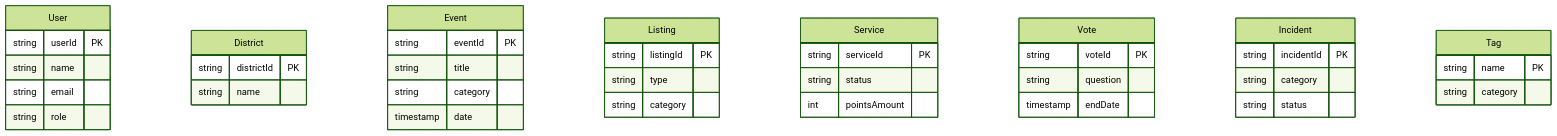
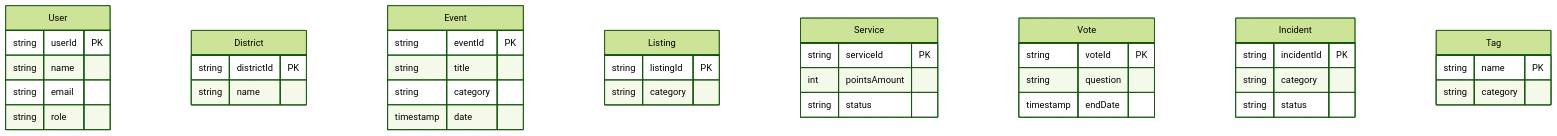
One commit to ESGI-3AL2-PA/Web-Apps changed the diagram in documentation/MCD/neo4j.md. Above: the diagram before and after it, drawn with Mermaid (forest theme). The commit also changed other lines of this file and 14 other files, not shown here.

````diff
--- a/documentation/MCD/neo4j.md
+++ b/documentation/MCD/neo4j.md
@@ -5,51 +12,50 @@
 ```mermaid
 erDiagram
 
   User {
     string userId PK
     string name
     string email
     string role
   }
 
   District {
     string districtId PK
     string name
   }
 
   Event {
     string eventId PK
     string title
     string category
     timestamp date
   }
 
   Listing {
     string listingId PK
-    string type
     string category
   }
 
   Service {
     string serviceId PK
+    int pointsAmount
     string status
-    int pointsAmount
   }
 
   Vote {
     string voteId PK
     string question
     timestamp endDate
   }
 
   Incident {
     string incidentId PK
     string category
     string status
   }
 
   Tag {
     string name PK
     string category
   }
 ```
````
